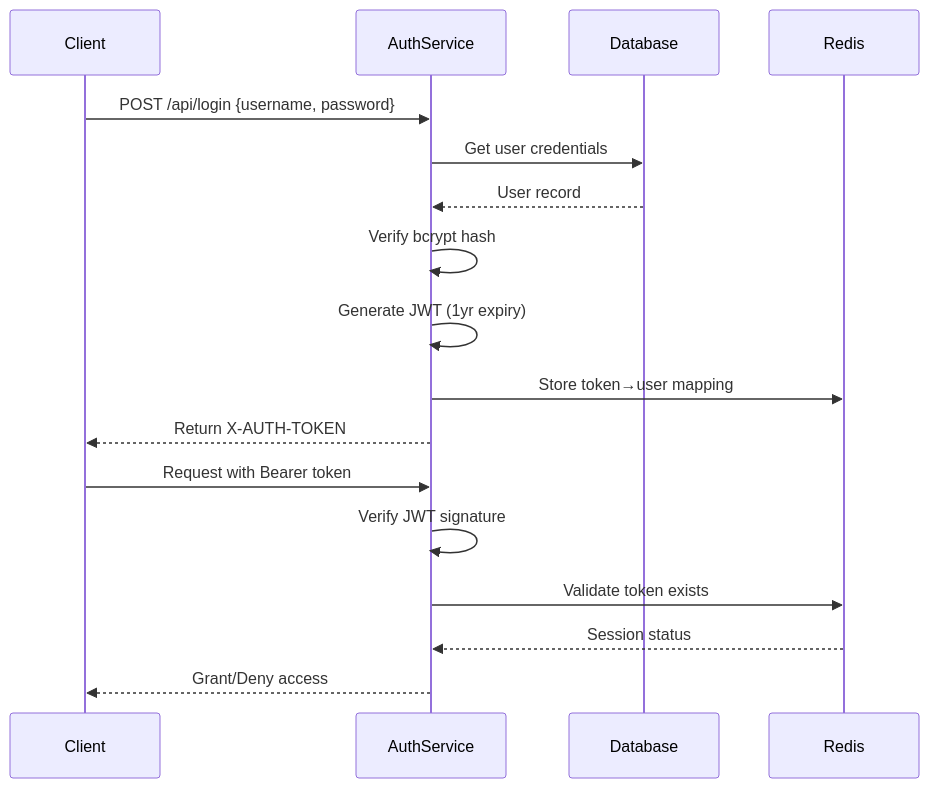
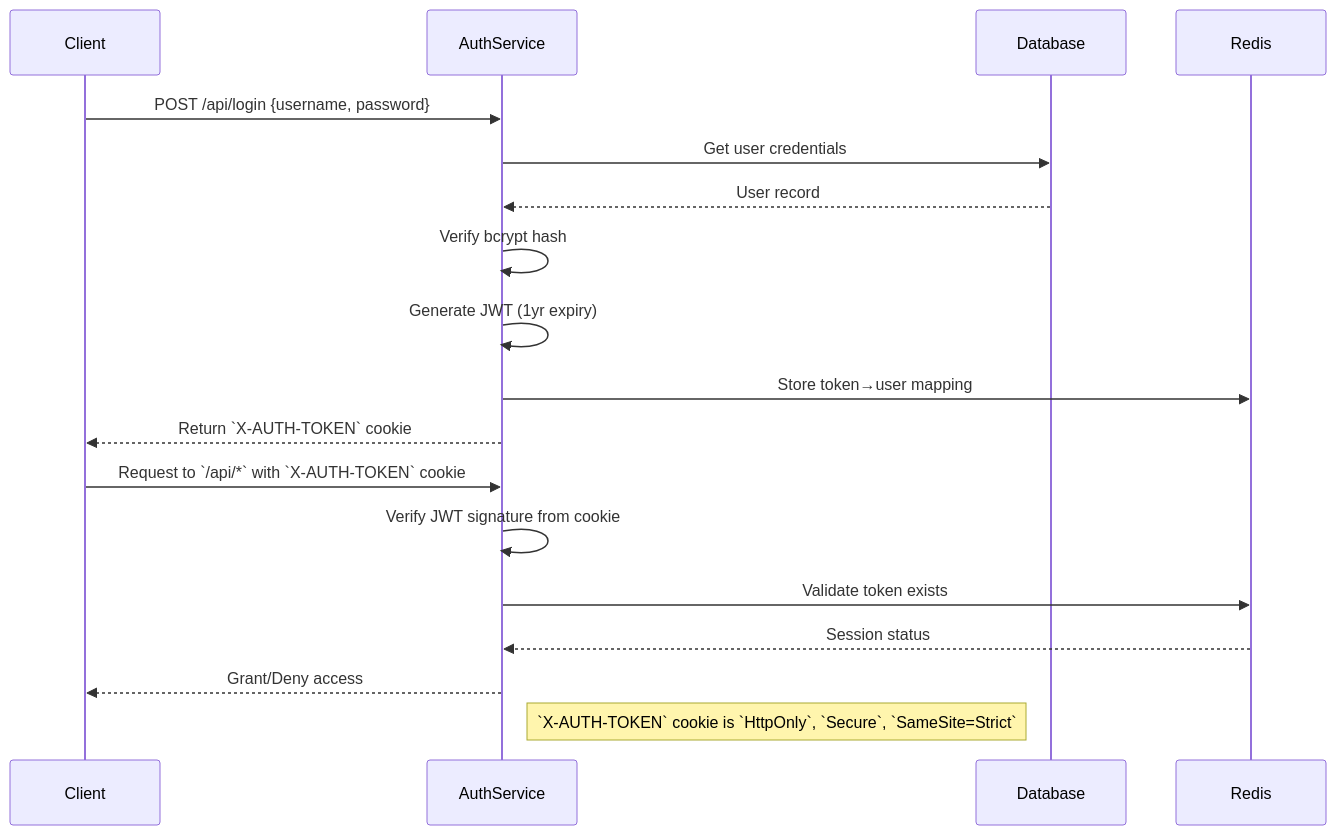
The diagram in docs/auth.md (rohan-sircar/actix-demo), drawn with Mermaid before and after one commit. The commit also changed 12 other files, not shown here.

First line of the commit message:
Migrate to cookie auth from bearer auth (#4)

````diff
--- a/docs/auth.md
+++ b/docs/auth.md
@@ -18,21 +18,23 @@
 ```mermaid
 sequenceDiagram
     participant Client
     participant AuthService
     participant Database
     participant Redis
 
     Client->>AuthService: POST /api/login {username, password}
     AuthService->>Database: Get user credentials
     Database-->>AuthService: User record
     AuthService->>AuthService: Verify bcrypt hash
     AuthService->>AuthService: Generate JWT (1yr expiry)
     AuthService->>Redis: Store token→user mapping
-    AuthService-->>Client: Return X-AUTH-TOKEN
+    AuthService-->>Client: Return `X-AUTH-TOKEN` cookie
 
-    Client->>AuthService: Request with Bearer token
-    AuthService->>AuthService: Verify JWT signature
+    Client->>AuthService: Request to `/api/*` with `X-AUTH-TOKEN` cookie
+    AuthService->>AuthService: Verify JWT signature from cookie
     AuthService->>Redis: Validate token exists
     Redis-->>AuthService: Session status
     AuthService-->>Client: Grant/Deny access
+
+    Note right of AuthService: `X-AUTH-TOKEN` cookie is `HttpOnly`, `Secure`, `SameSite=Strict`
 ```
````
